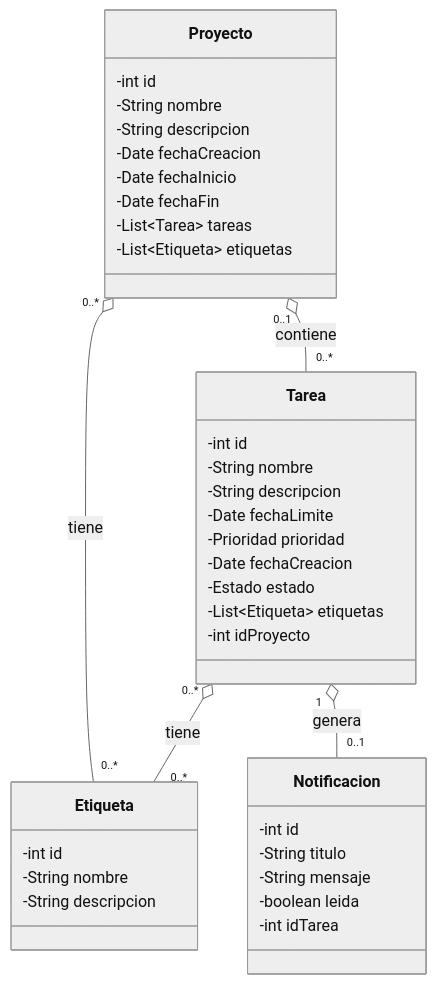
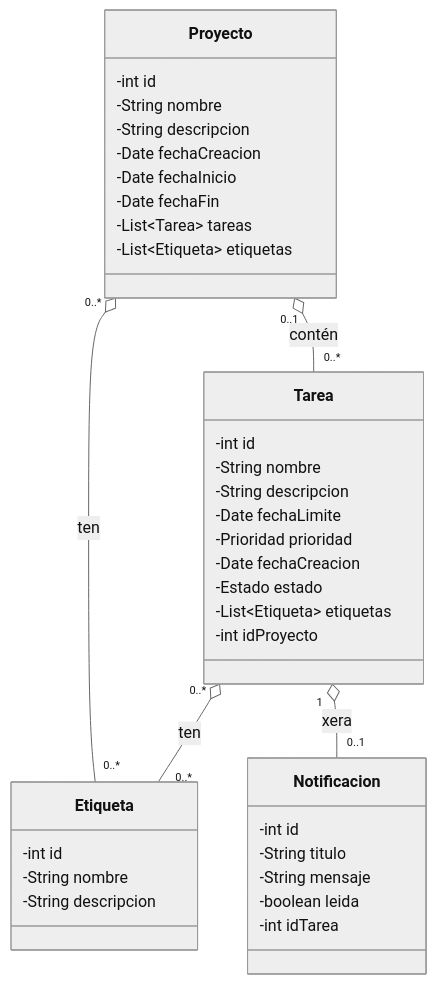
The fourth of 4 diagrams in doc/templates/3_deseño.md (a19albertons/Tus-Tareas), drawn with Mermaid (neutral theme) before and after one commit. The commit also changed other lines of this file, not shown here.

````diff
--- a/doc/templates/3_deseño.md
+++ b/doc/templates/3_deseño.md
@@ -100,45 +99,45 @@
 ```mermaid
 classDiagram
     class Tarea {
         -int id
         -String nombre
         -String descripcion
         -Date fechaLimite
         -Prioridad prioridad
         -Date fechaCreacion
         -Estado estado
         -List~Etiqueta~ etiquetas
         -int idProyecto
     }
 
     class Proyecto {
         -int id
         -String nombre
         -String descripcion
         -Date fechaCreacion
         -Date fechaInicio
         -Date fechaFin
         -List~Tarea~ tareas
         -List~Etiqueta~ etiquetas
     }
 
     class Etiqueta {
         -int id
         -String nombre
         -String descripcion
     }
     class Notificacion {
         -int id
         -String titulo
         -String mensaje
         -boolean leida
         -int idTarea
     }
 
-    %% Relaciones
-    Proyecto "0..1" o-- "0..*" Tarea : contiene
-    Proyecto "0..*" o-- "0..*" Etiqueta : tiene
-    Tarea "0..*" o-- "0..*" Etiqueta : tiene
-    Tarea "1" o-- "0..1" Notificacion : genera
+    %% Relacións
+    Proyecto "0..1" o-- "0..*" Tarea : contén
+    Proyecto "0..*" o-- "0..*" Etiqueta : ten
+    Tarea "0..*" o-- "0..*" Etiqueta : ten
+    Tarea "1" o-- "0..1" Notificacion : xera
 
 ```
````
